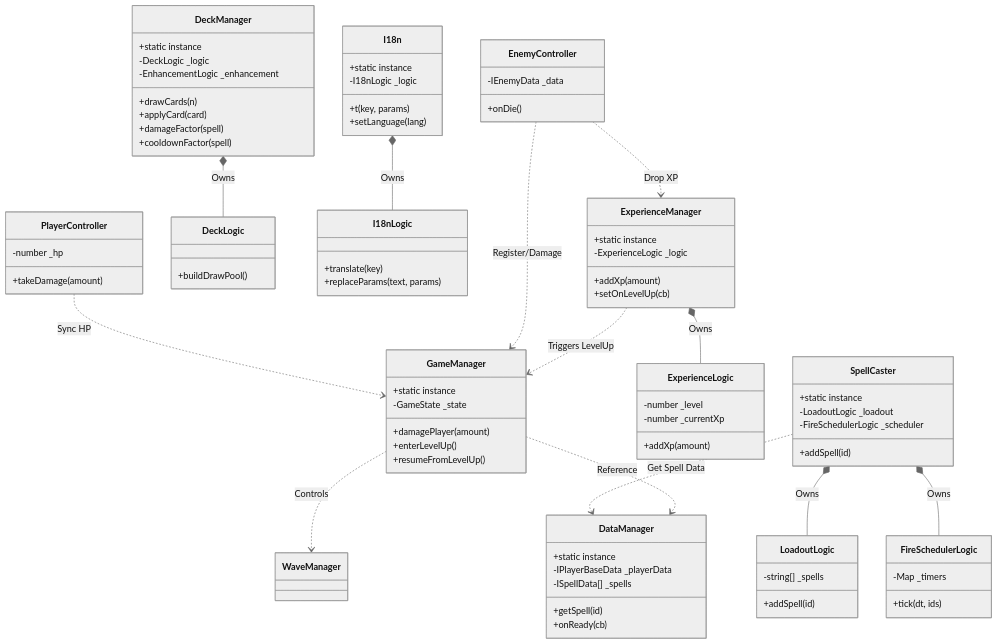
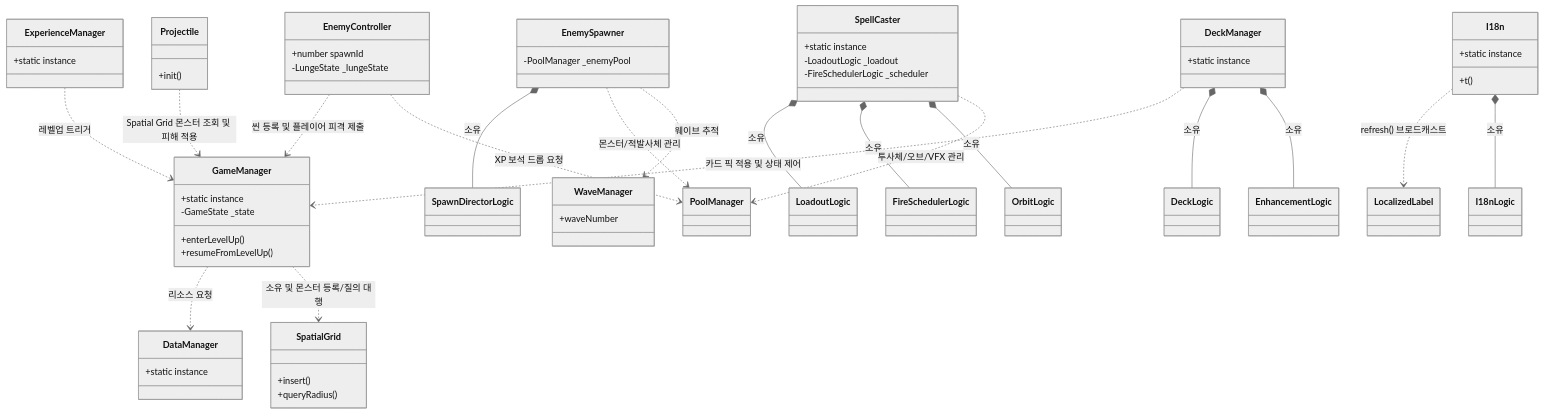
Before and after one commit to dev-HongCheol/monster: the diagram in docs/development/architecture.md, drawn with Mermaid (neutral theme). The commit also changed other lines of this file and 7 other files, not shown here.

````diff
--- a/docs/development/architecture.md
+++ b/docs/development/architecture.md
@@ -105,107 +70,79 @@
 ```mermaid
 classDiagram
-    %% 핵심 매니저 (싱글톤)
+    direction TB
+
+    %% 데이터 및 유틸리티 컴포넌트
+    class DataManager {
+        +static instance
+    }
+    class SpatialGrid {
+        +insert()
+        +queryRadius()
+    }
+    class I18n {
+        +static instance
+        +t()
+    }
+    class WaveManager {
+        +waveNumber
+    }
+
+    %% ★ 중앙 제어 매니저 ★
     class GameManager {
         +static instance
         -GameState _state
-        +damagePlayer(amount)
         +enterLevelUp()
         +resumeFromLevelUp()
     }
 
-    class DataManager {
-        +static instance
-        -IPlayerBaseData _playerData
-        -ISpellData[] _spells
-        +getSpell(id)
-        +onReady(cb)
-    }
-
-    class DeckManager {
-        +static instance
-        -DeckLogic _logic
-        -EnhancementLogic _enhancement
-        +drawCards(n)
-        +applyCard(card)
-        +damageFactor(spell)
-        +cooldownFactor(spell)
-    }
-
-    class ExperienceManager {
-        +static instance
-        -ExperienceLogic _logic
-        +addXp(amount)
-        +setOnLevelUp(cb)
-    }
-
-    class I18n {
-        +static instance
-        -I18nLogic _logic
-        +t(key, params)
-        +setLanguage(lang)
-    }
-
-    %% 순수 로직 (Logic - Unit Test 대상)
-    class ExperienceLogic {
-        -number _level
-        -number _currentXp
-        +addXp(amount)
-    }
-
-    class DeckLogic {
-        +buildDrawPool()
-    }
-
-    class I18nLogic {
-        +translate(key)
-        +replaceParams(text, params)
-    }
-
-    class LoadoutLogic {
-        -string[] _spells
-        +addSpell(id)
-    }
-
-    class FireSchedulerLogic {
-        -Map _timers
-        +tick(dt, ids)
-    }
-
-    %% 게임 오브젝트 컴포넌트 (Components)
-    class PlayerController {
-        -number _hp
-        +takeDamage(amount)
-    }
-
+    %% 시스템 컴포넌트들
     class SpellCaster {
         +static instance
         -LoadoutLogic _loadout
         -FireSchedulerLogic _scheduler
-        +addSpell(id)
+    }
+    class EnemySpawner {
+        -PoolManager _enemyPool
+    }
+    class EnemyController {
+        +number spawnId
+        -LungeState _lungeState
+    }
+    class Projectile {
+        +init()
+    }
+    class DeckManager {
+        +static instance
+    }
+    class ExperienceManager {
+        +static instance
     }
 
-    class EnemyController {
-        -IEnemyData _data
-        +onDie()
-    }
+    %% [GameManager 중심의 3-Layer 정렬]
+    %% GameManager가 바라보는 상위 컴포넌트 (상단 레이어 배치 유도)
+    GameManager ..> DataManager : 리소스 요청
+    GameManager ..> SpatialGrid : 소유 및 몬스터 등록/질의 대행
 
-    %% 관계 정의
-    GameManager ..> DataManager : Reference
-    GameManager ..> WaveManager : Controls
+    %% GameManager를 가리키는 하위 매니저/오브젝트 (하단 레이어 배치 유도)
+    ExperienceManager ..> GameManager : 레벨업 트리거
+    DeckManager ..> GameManager : 카드 픽 적용 및 상태 제어
+    EnemyController ..> GameManager : 씬 등록 및 플레이어 피격 제출
+    Projectile ..> GameManager : Spatial Grid 몬스터 조회 및 피해 적용
+
+    %% 서브 컴포넌트 간 관계 (주변부 정렬)
+    I18n ..> LocalizedLabel : refresh() 브로드캐스트
     
-    ExperienceManager *-- ExperienceLogic : Owns
-    ExperienceManager ..> GameManager : Triggers LevelUp
+    SpellCaster *-- LoadoutLogic : 소유
+    SpellCaster *-- FireSchedulerLogic : 소유
+    SpellCaster *-- OrbitLogic : 소유
+    SpellCaster ..> PoolManager : 투사체/오브/VFX 관리
     
-    DeckManager *-- DeckLogic : Owns
+    EnemySpawner *-- SpawnDirectorLogic : 소유
+    EnemySpawner ..> PoolManager : 몬스터/적발사체 관리
+    EnemySpawner ..> WaveManager : 웨이브 추적
     
-    I18n *-- I18nLogic : Owns
-
-    SpellCaster *-- LoadoutLogic : Owns
-    SpellCaster *-- FireSchedulerLogic : Owns
-    SpellCaster ..> DataManager : Get Spell Data
-
-    EnemyController ..> GameManager : Register/Damage
-    EnemyController ..> ExperienceManager : Drop XP
-
-    PlayerController ..> GameManager : Sync HP
+    EnemyController ..> PoolManager : XP 보석 드롭 요청
+    DeckManager *-- DeckLogic : 소유
+    DeckManager *-- EnhancementLogic : 소유
+    I18n *-- I18nLogic : 소유
 ```
````
